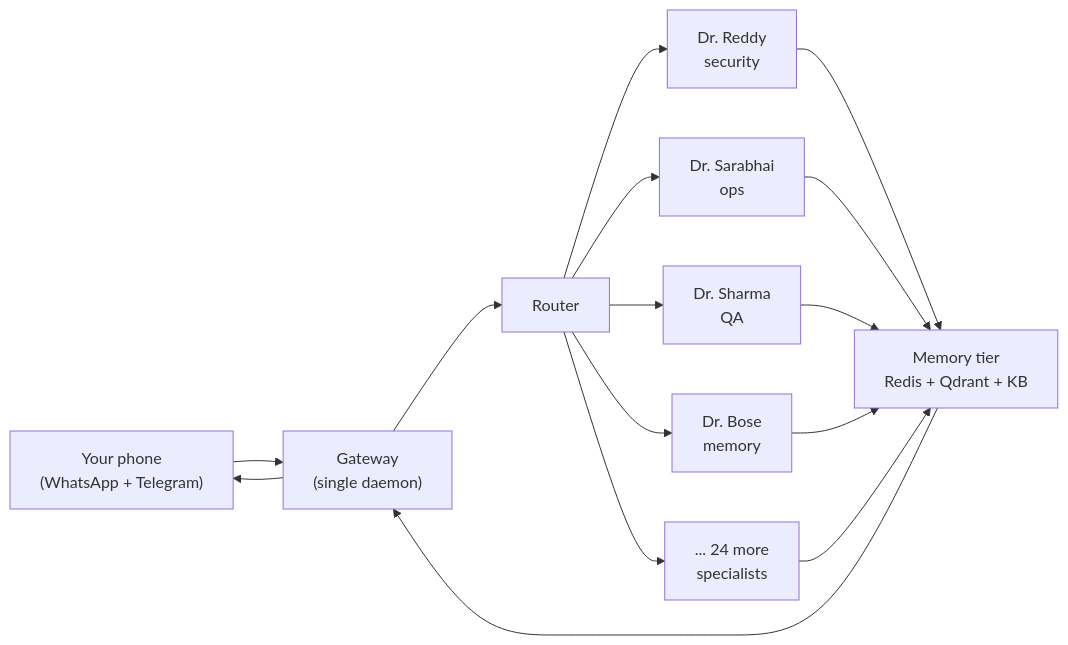
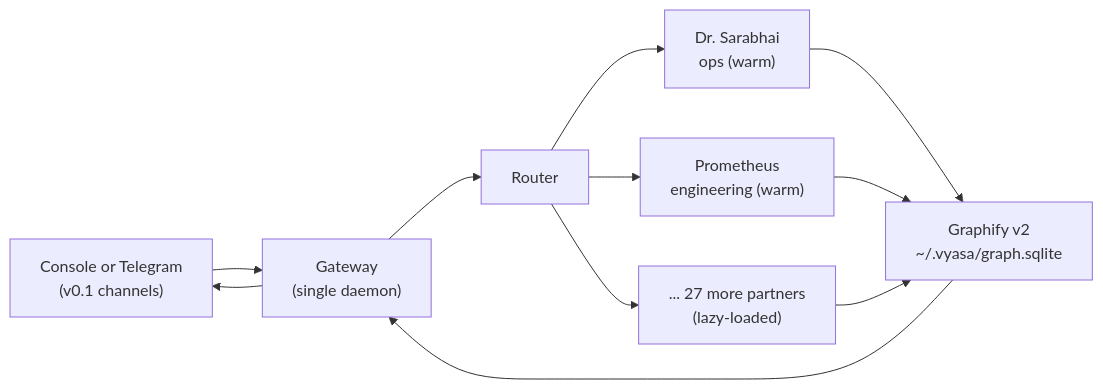
Before and after one commit to darshjme/vyasa-agent: the first of 2 diagrams in README.md, drawn with Mermaid. The commit also changed other lines of this file and 13 other files, not shown here.

````diff
--- a/README.md
+++ b/README.md
@@ -42,13 +52,11 @@
 ```mermaid
 flowchart LR
-    U["Your phone<br/>(WhatsApp + Telegram)"] --> G["Gateway<br/>(single daemon)"]
+    U["Console or Telegram<br/>(v0.1 channels)"] --> G["Gateway<br/>(single daemon)"]
     G --> R["Router"]
-    R --> E1["Dr. Reddy<br/>security"]
-    R --> E2["Dr. Sarabhai<br/>ops"]
-    R --> E3["Dr. Sharma<br/>QA"]
-    R --> E4["Dr. Bose<br/>memory"]
-    R --> EN["... 24 more<br/>specialists"]
-    E1 & E2 & E3 & E4 & EN --> M["Memory tier<br/>Redis + Qdrant + KB"]
+    R --> E1["Dr. Sarabhai<br/>ops (warm)"]
+    R --> E2["Prometheus<br/>engineering (warm)"]
+    R --> EN["... 27 more partners<br/>(lazy-loaded)"]
+    E1 & E2 & EN --> M["Graphify v2<br/>~/.vyasa/graph.sqlite"]
     M --> G
     G --> U
 ```
````
